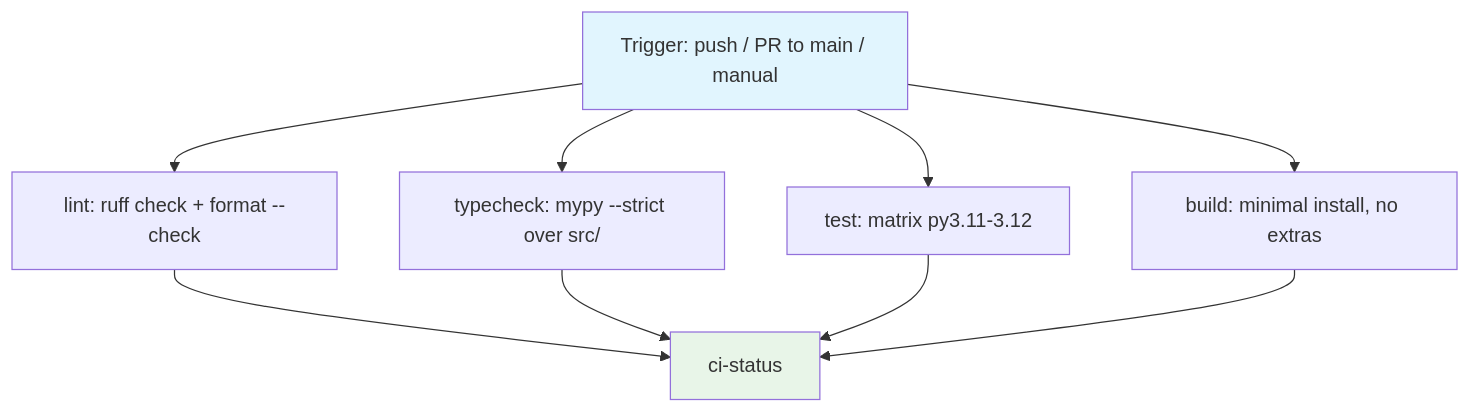
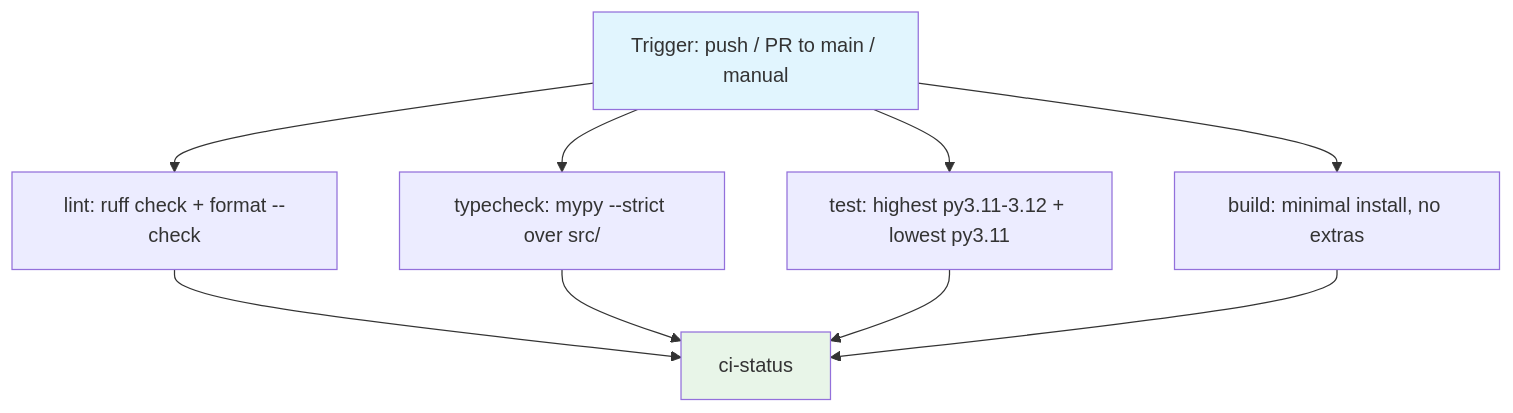
The diagram in spec/spec-process-cicd-ci.md (davidouagne/datahub-yaml-source), drawn with Mermaid before and after one commit. The commit also changed other lines of this file and 2 other files, not shown here.

First line of the commit message:
ci: test direct dependencies at their declared floors

````diff
--- a/spec/spec-process-cicd-ci.md
+++ b/spec/spec-process-cicd-ci.md
@@ -48,14 +48,14 @@
 ```mermaid
 graph TD
     A[Trigger: push / PR to main / manual] --> B[lint: ruff check + format --check]
     A --> C[typecheck: mypy --strict over src/]
-    A --> D[test: matrix py3.11-3.12]
+    A --> D[test: highest py3.11-3.12 + lowest py3.11]
     A --> E[build: minimal install, no extras]
     B --> F[ci-status]
     C --> F[ci-status]
     D --> F[ci-status]
     E --> F[ci-status]
 
     style A fill:#e1f5fe
     style F fill:#e8f5e8
 ```
````
